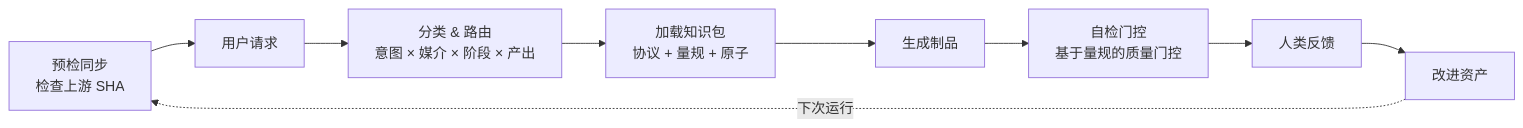
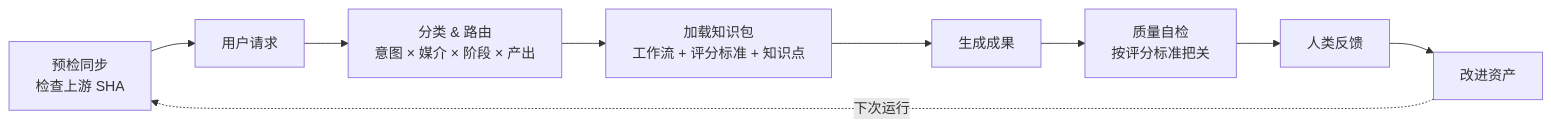
The diagram in README_zh.md (XucroYuri/how-to-make-script), drawn with Mermaid before and after one commit. The commit also changed other lines of this file and 1 other file, not shown here.

````diff
--- a/README_zh.md
+++ b/README_zh.md
@@ -195,11 +195,11 @@
 ```mermaid
 flowchart LR
     S["预检同步<br/>检查上游 SHA"] --> A["用户请求"]
     A --> B["分类 & 路由<br/>意图 × 媒介 × 阶段 × 产出"]
-    B --> C["加载知识包<br/>协议 + 量规 + 原子"]
-    C --> D["生成制品"]
-    D --> E["自检门控<br/>基于量规的质量门控"]
+    B --> C["加载知识包<br/>工作流 + 评分标准 + 知识点"]
+    C --> D["生成成果"]
+    D --> E["质量自检<br/>按评分标准把关"]
     E --> F["人类反馈"]
     F --> G["改进资产"]
     G -.->|"下次运行"| S
 ```
````
